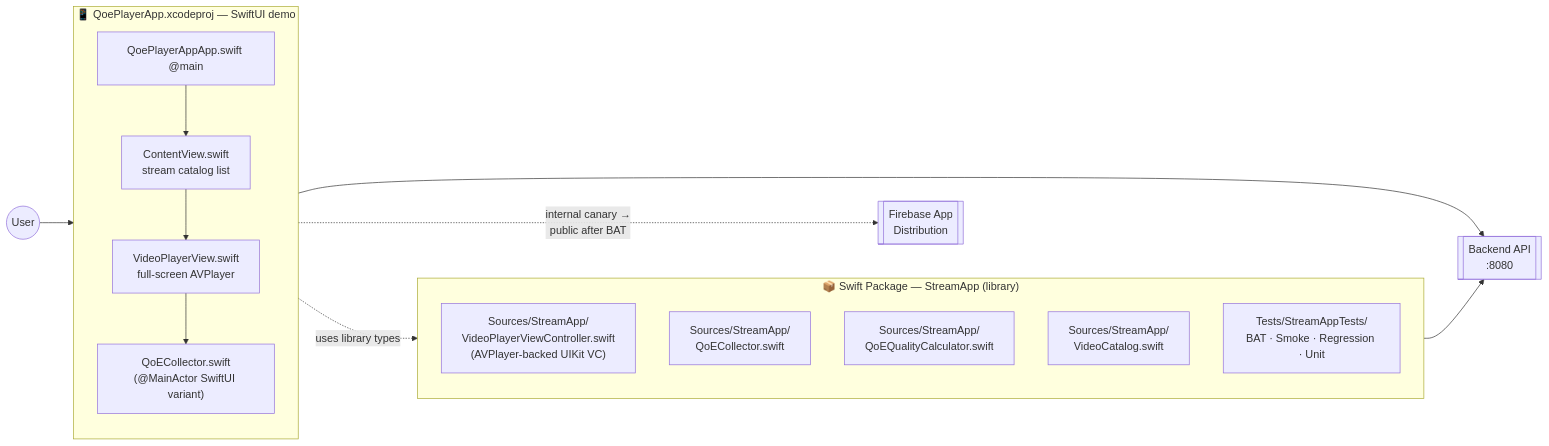
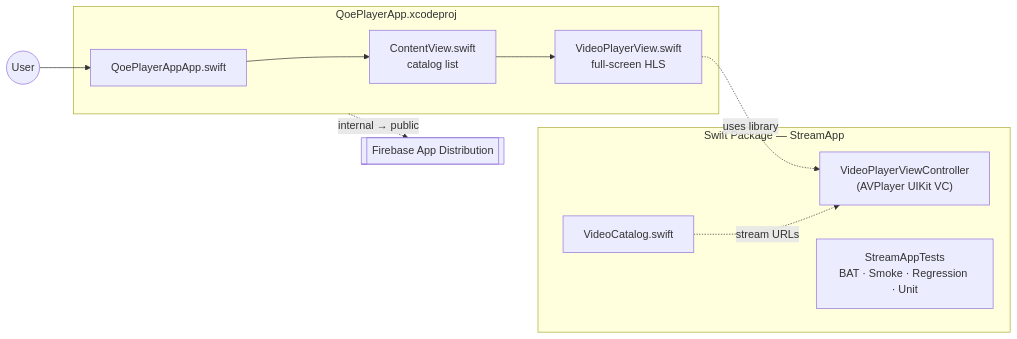
Before and after one commit to palsure/Platform-QualityByDesign-Workshop: the diagram in ios-player/README.md, drawn with Mermaid. The commit also changed other lines of this file and 27 other files, not shown here.

````diff
--- a/ios-player/README.md
+++ b/ios-player/README.md
@@ -9,27 +7,20 @@
 ```mermaid
 flowchart LR
   User((User))
-  subgraph SPM["📦 Swift Package — StreamApp (library)"]
-    direction TB
-    VC["Sources/StreamApp/<br/>VideoPlayerViewController.swift<br/>(AVPlayer-backed UIKit VC)"]
-    Coll["Sources/StreamApp/<br/>QoECollector.swift"]
-    QC["Sources/StreamApp/<br/>QoEQualityCalculator.swift"]
-    Cat["Sources/StreamApp/<br/>VideoCatalog.swift"]
-    Tests["Tests/StreamAppTests/<br/>BAT · Smoke · Regression · Unit"]
+  subgraph SPM["Swift Package — StreamApp"]
+    VC["VideoPlayerViewController<br/>(AVPlayer UIKit VC)"]
+    Cat["VideoCatalog.swift"]
+    Tests["StreamAppTests<br/>BAT · Smoke · Regression · Unit"]
   end
-  subgraph App["📱 QoePlayerApp.xcodeproj — SwiftUI demo"]
-    direction TB
-    Entry["QoePlayerAppApp.swift @main"]
-    CV["ContentView.swift<br/>stream catalog list"]
-    PV["VideoPlayerView.swift<br/>full-screen AVPlayer"]
-    AppColl["QoECollector.swift<br/>(@MainActor SwiftUI variant)"]
+  subgraph App["QoePlayerApp.xcodeproj"]
+    Entry["QoePlayerAppApp.swift"]
+    CV["ContentView.swift<br/>catalog list"]
+    PV["VideoPlayerView.swift<br/>full-screen HLS"]
   end
-  API[["Backend API<br/>:8080"]]
-  Firebase[["Firebase App<br/>Distribution"]]
+  Firebase[["Firebase App Distribution"]]
 
-  User --> Entry --> CV --> PV --> AppColl
-  PV -. "uses library types" .-> VC
-  Coll --> API
-  AppColl --> API
-  App -. "internal canary →<br/>public after BAT" .-> Firebase
+  User --> Entry --> CV --> PV
+  PV -. "uses library" .-> VC
+  Cat -. "stream URLs" .-> VC
+  App -. "internal → public" .-> Firebase
 ```
````
